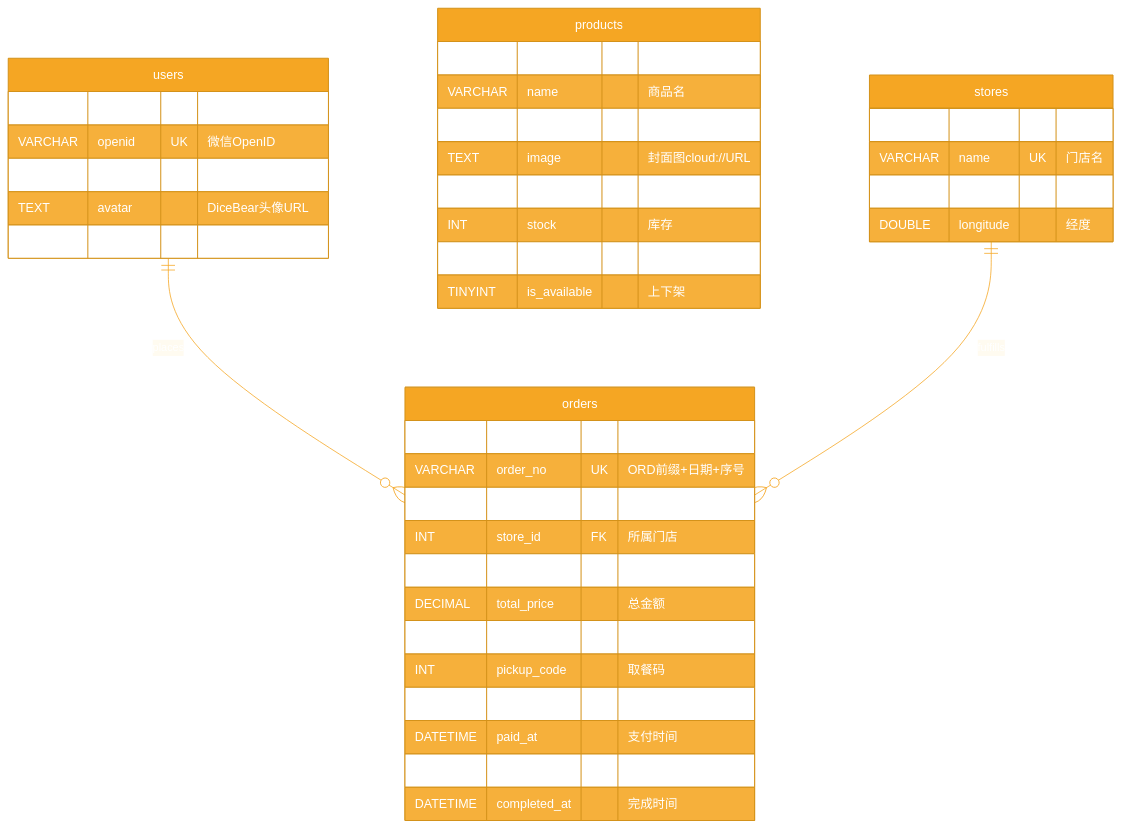
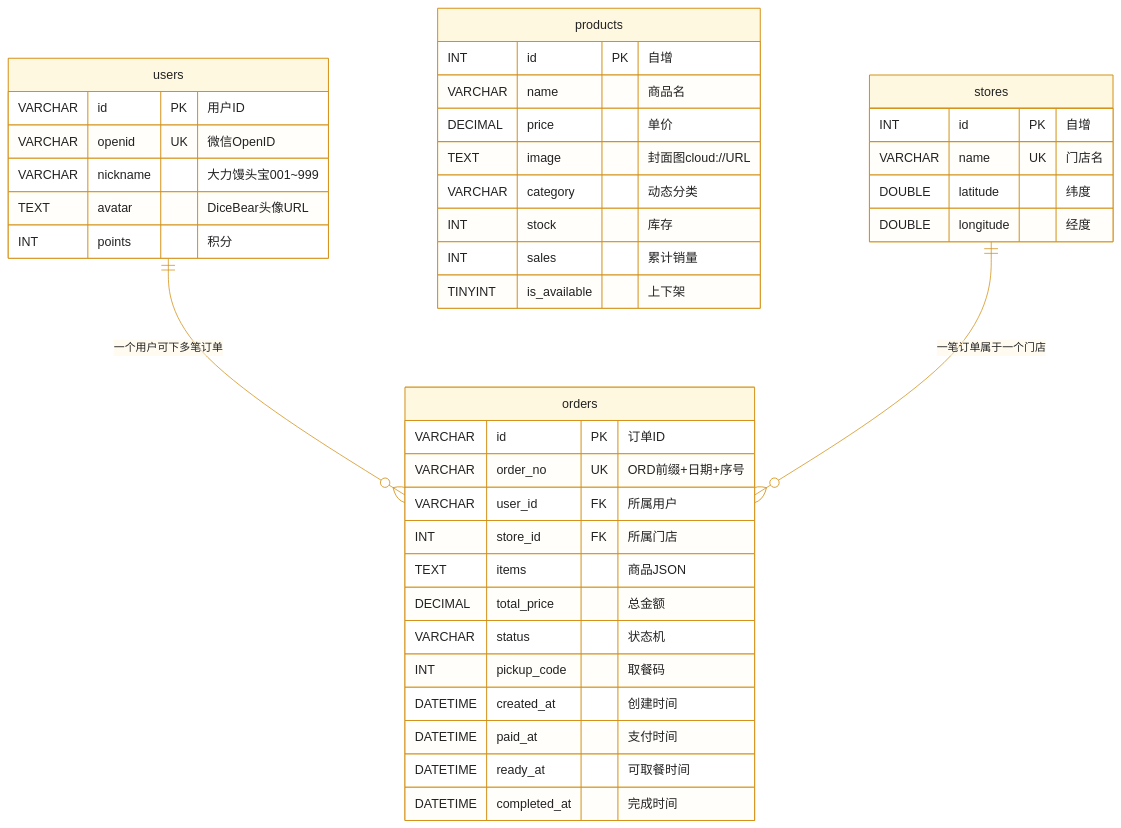
One commit to zip-Wu/tasty_bakery changed the fourth of 4 diagrams in README.md. Above: the diagram before and after it, drawn with Mermaid. The commit also changed other lines of this file, not shown here.

Commit message:
docs: Mermaid主题对比度修复 + ER图关系标签改回中文

````diff
--- a/README.md
+++ b/README.md
@@ -201,47 +201,47 @@
 ```mermaid
-%%{init: {'theme': 'base', 'themeVariables': { 'primaryColor': '#f5a623', 'primaryTextColor': '#fff', 'primaryBorderColor': '#d4921a', 'lineColor': '#f5a623', 'secondaryColor': '#ffeb99', 'tertiaryColor': '#fff8e1'}}}%%
+%%{init: {'theme': 'base', 'themeVariables': { 'primaryColor': '#fff8e1', 'primaryTextColor': '#222', 'primaryBorderColor': '#d4921a', 'lineColor': '#d4921a', 'secondaryColor': '#ffeb99', 'tertiaryColor': '#fff8e1', 'textColor': '#222'}}}%%
 erDiagram
     users {
         VARCHAR id PK "用户ID"
         VARCHAR openid UK "微信OpenID"
         VARCHAR nickname "大力馒头宝001~999"
         TEXT avatar "DiceBear头像URL"
         INT points "积分"
     }
 
     products {
         INT id PK "自增"
         VARCHAR name "商品名"
         DECIMAL price "单价"
         TEXT image "封面图cloud://URL"
         VARCHAR category "动态分类"
         INT stock "库存"
         INT sales "累计销量"
         TINYINT is_available "上下架"
     }
 
     stores {
         INT id PK "自增"
         VARCHAR name UK "门店名"
         DOUBLE latitude "纬度"
         DOUBLE longitude "经度"
     }
 
     orders {
         VARCHAR id PK "订单ID"
         VARCHAR order_no UK "ORD前缀+日期+序号"
         VARCHAR user_id FK "所属用户"
         INT store_id FK "所属门店"
         TEXT items "商品JSON"
         DECIMAL total_price "总金额"
         VARCHAR status "状态机"
         INT pickup_code "取餐码"
         DATETIME created_at "创建时间"
         DATETIME paid_at "支付时间"
         DATETIME ready_at "可取餐时间"
         DATETIME completed_at "完成时间"
     }
 
-    users ||--o{ orders : "places"
-    stores ||--o{ orders : "fulfills"
+    users ||--o{ orders : "一个用户可下多笔订单"
+    stores ||--o{ orders : "一笔订单属于一个门店"
 ```
````
